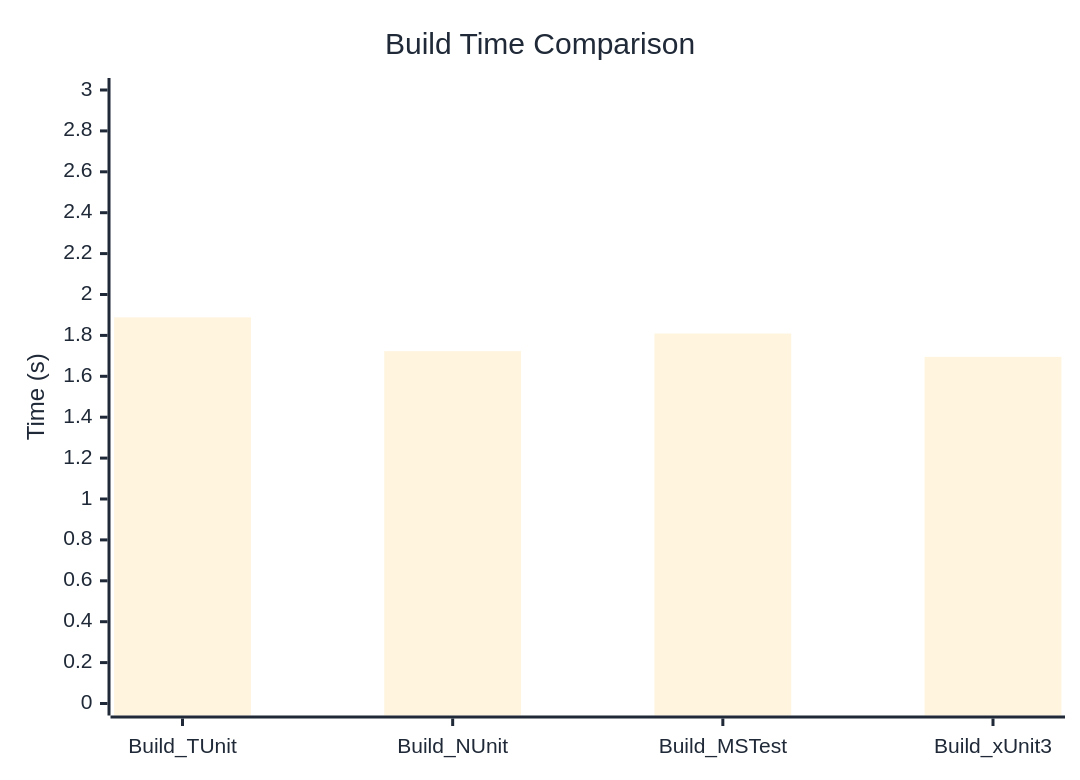
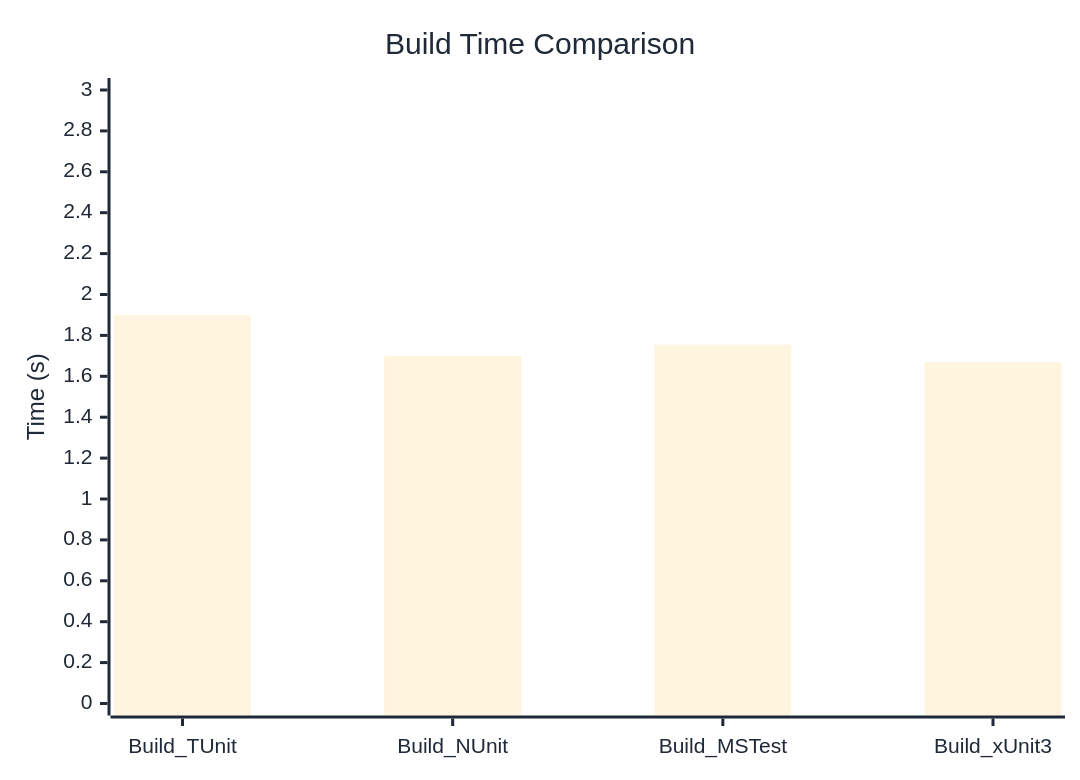
The diagram in docs/docs/benchmarks/BuildTime.md (thomhurst/TUnit), drawn with Mermaid before and after one commit. The commit also changed other lines of this file and 17 other files, not shown here.

````diff
--- a/docs/docs/benchmarks/BuildTime.md
+++ b/docs/docs/benchmarks/BuildTime.md
@@ -28,37 +28,37 @@
 ```mermaid
 %%{init: {
   'theme':'base',
   'themeVariables': {
     'primaryColor': '#2563eb',
     'primaryTextColor': '#1f2937',
     'primaryBorderColor': '#1e40af',
     'lineColor': '#6b7280',
     'secondaryColor': '#7c3aed',
     'tertiaryColor': '#dc2626',
     'background': '#ffffff',
     'mainBkg': '#2563eb',
     'secondBkg': '#7c3aed',
     'tertiaryBkg': '#dc2626',
     'clusterBkg': '#f3f4f6',
     'edgeLabelBackground': '#ffffff',
     'tertiaryTextColor': '#1f2937',
     'pie1': '#2563eb',
     'pie2': '#7c3aed',
     'pie3': '#dc2626',
     'pie4': '#f59e0b',
     'pie5': '#10b981',
     'pie6': '#06b6d4',
     'pie7': '#ec4899',
     'pie8': '#6366f1',
     'pie9': '#84cc16',
     'pie10': '#f97316',
     'pie11': '#14b8a6',
     'pie12': '#a855f7'
   }
 }}%%
 xychart-beta
   title "Build Time Comparison"
   x-axis ["Build_TUnit", "Build_NUnit", "Build_MSTest", "Build_xUnit3"]
   y-axis "Time (s)" 0 --> 3
-  bar [1.888, 1.723, 1.809, 1.695]
+  bar [1.898, 1.699, 1.755, 1.669]
 ```
````
